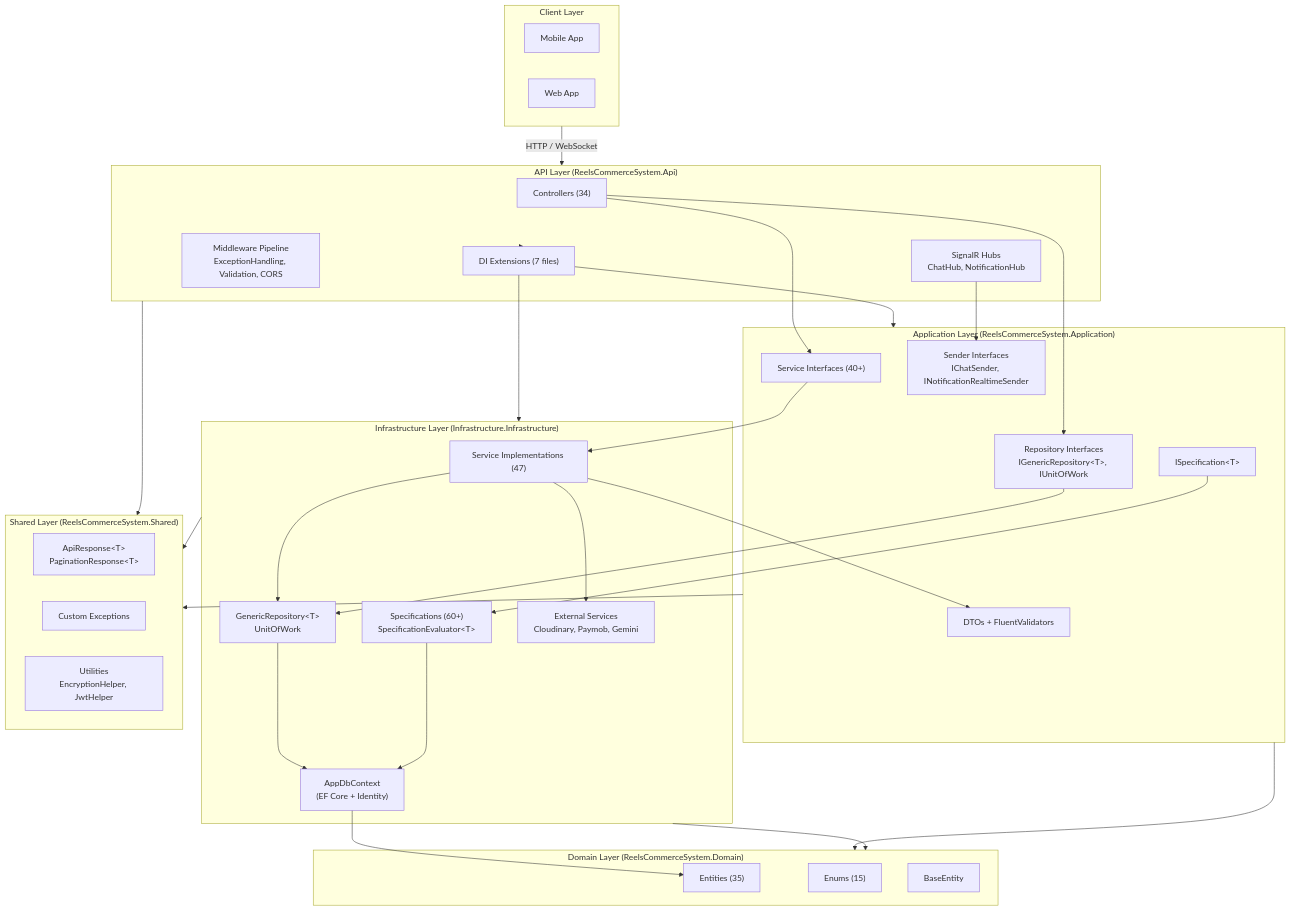
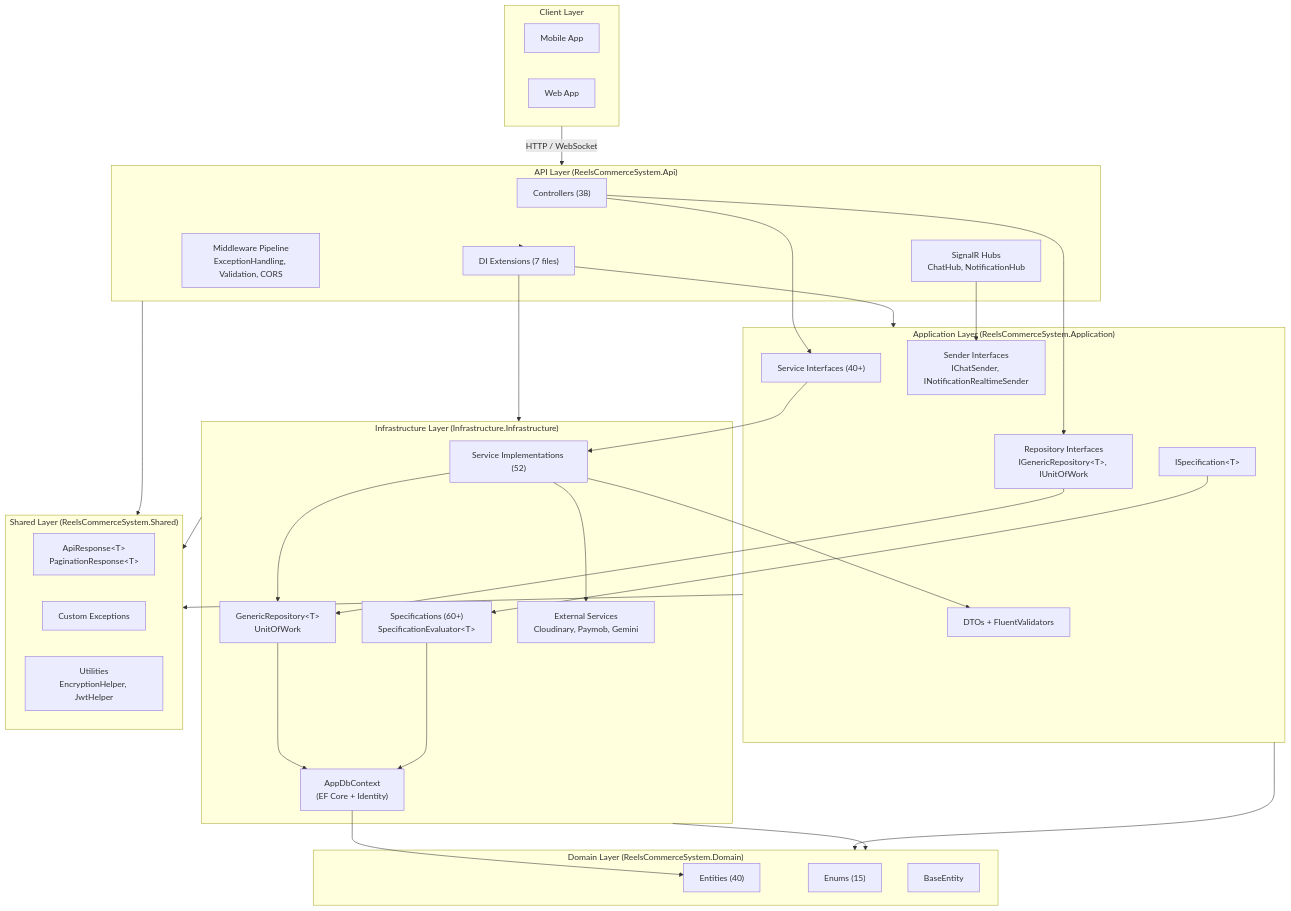
Before and after one commit to AbdAlRahman-Hesham/ReelsCommerceSystem: the first of 8 diagrams in Backend_Architecture_Analysis.md, drawn with Mermaid. The commit also changed other lines of this file and 68 other files, not shown here.

````diff
--- a/Backend_Architecture_Analysis.md
+++ b/Backend_Architecture_Analysis.md
@@ -161,64 +161,64 @@
 ```mermaid
 graph TB
     subgraph Client["Client Layer"]
         Mobile["Mobile App"]
         Web["Web App"]
     end
 
     subgraph API["API Layer (ReelsCommerceSystem.Api)"]
-        Controllers["Controllers (34)"]
+        Controllers["Controllers (38)"]
         Hubs["SignalR Hubs<br/>ChatHub, NotificationHub"]
         Middleware["Middleware Pipeline<br/>ExceptionHandling, Validation, CORS"]
         DI["DI Extensions (7 files)"]
     end
 
     subgraph Application["Application Layer (ReelsCommerceSystem.Application)"]
         SvcIfaces["Service Interfaces (40+)"]
         RepoIfaces["Repository Interfaces<br/>IGenericRepository&lt;T&gt;, IUnitOfWork"]
         DTOs["DTOs + FluentValidators"]
         SpecIface["ISpecification&lt;T&gt;"]
         Senders["Sender Interfaces<br/>IChatSender, INotificationRealtimeSender"]
     end
 
     subgraph Infrastructure["Infrastructure Layer (Infrastructure.Infrastructure)"]
-        SvcImpl["Service Implementations (47)"]
+        SvcImpl["Service Implementations (52)"]
         RepoImpl["GenericRepository&lt;T&gt;<br/>UnitOfWork"]
         DbContext["AppDbContext<br/>(EF Core + Identity)"]
         SpecImpl["Specifications (60+)<br/>SpecificationEvaluator&lt;T&gt;"]
         External["External Services<br/>Cloudinary, Paymob, Gemini"]
     end
 
     subgraph Domain["Domain Layer (ReelsCommerceSystem.Domain)"]
-        Entities["Entities (35)"]
+        Entities["Entities (40)"]
         Enums["Enums (15)"]
         BaseEntity["BaseEntity"]
     end
 
     subgraph Shared["Shared Layer (ReelsCommerceSystem.Shared)"]
         Responses["ApiResponse&lt;T&gt;<br/>PaginationResponse&lt;T&gt;"]
         Exceptions["Custom Exceptions"]
         Utils["Utilities<br/>EncryptionHelper, JwtHelper"]
     end
 
     Client -->|HTTP / WebSocket| API
     Controllers --> SvcIfaces
     Controllers --> RepoIfaces
     Hubs --> Senders
     SvcIfaces --> SvcImpl
     RepoIfaces --> RepoImpl
     SvcImpl --> RepoImpl
     SvcImpl --> External
     RepoImpl --> DbContext
     SpecIface --> SpecImpl
     SpecImpl --> DbContext
     DbContext --> Entities
     SvcImpl --> DTOs
     API --> DI
     DI --> Infrastructure
     DI --> Application
     API --> Shared
     Infrastructure --> Shared
     Application --> Shared
     Application --> Domain
     Infrastructure --> Domain
 ```
````
